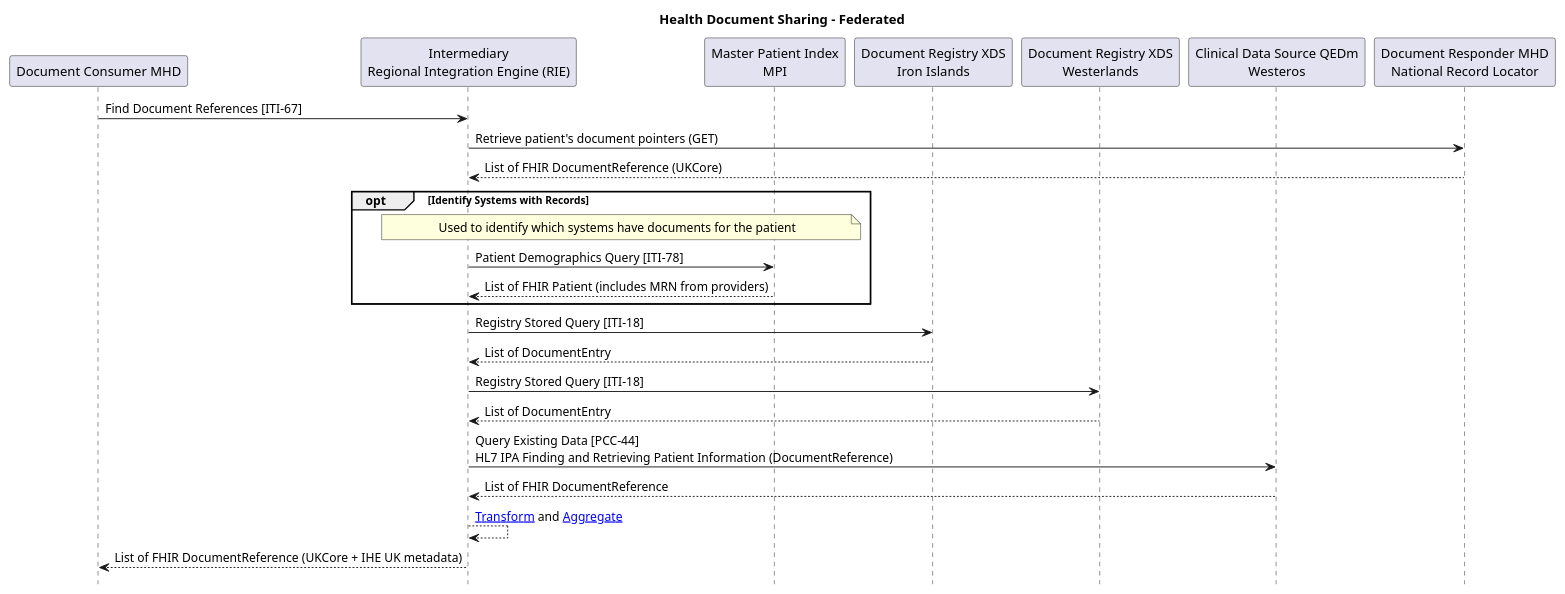
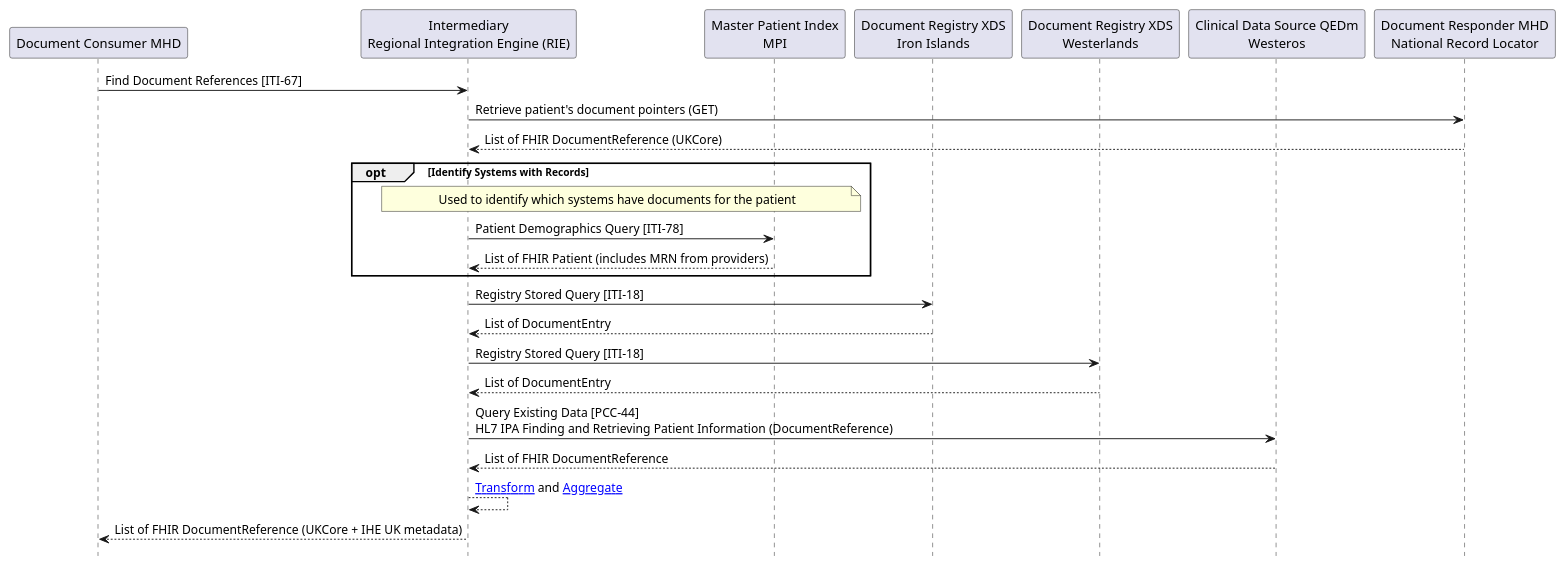
Before and after one commit to nw-gmsa/nw-gmsa.github.com: the diagram in input/images-source/HIE-MHD-Federated-Sequence.plantuml, drawn with PlantUML. The commit also changed 1 other file, not shown here.

```diff
--- a/input/images-source/HIE-MHD-Federated-Sequence.plantuml
+++ b/input/images-source/HIE-MHD-Federated-Sequence.plantuml
@@ -1,47 +1,45 @@
   @startuml
 
   skinparam svgDimensionStyle false
-
-  title "Health Document Sharing - Federated"
 
   hide footbox
 
   participant "Document Consumer MHD" as DocumentConsumer
 
   participant "Intermediary\nRegional Integration Engine (RIE)" as RIE
 
   participant "Master Patient Index\nMPI" as MPI
 
   participant "Document Registry XDS\nIron Islands" as XDS1
 
   participant "Document Registry XDS\nWesterlands" as XDS2
 
   participant "Clinical Data Source QEDm\nWesteros" as IPA
 
   participant "Document Responder MHD\nNational Record Locator" as NRL
 
   DocumentConsumer -> RIE : Find Document References [ITI-67]
 
   RIE -> NRL : Retrieve patient's document pointers (GET)
   NRL --> RIE: List of FHIR DocumentReference (UKCore)
 
   opt Identify Systems with Records
     note over RIE, MPI: Used to identify which systems have documents for the patient
     RIE -> MPI: Patient Demographics Query [ITI-78]
     MPI --> RIE: List of FHIR Patient (includes MRN from providers)
   end
 
   RIE -> XDS1 : Registry Stored Query [ITI-18]
   XDS1 --> RIE: List of DocumentEntry
 
   RIE -> XDS2 : Registry Stored Query [ITI-18]
   XDS2 --> RIE: List of DocumentEntry
 
   RIE -> IPA : Query Existing Data [PCC-44]\nHL7 IPA Finding and Retrieving Patient Information (DocumentReference)
   IPA --> RIE: List of FHIR DocumentReference
 
   RIE --> RIE: [[https://www.enterpriseintegrationpatterns.com/patterns/messaging/MessageTranslator.html Transform]] and [[https://www.enterpriseintegrationpatterns.com/patterns/messaging/Aggregator.html Aggregate]]
 
   RIE --> DocumentConsumer: List of FHIR DocumentReference (UKCore + IHE UK metadata)
 
   @enduml
```
